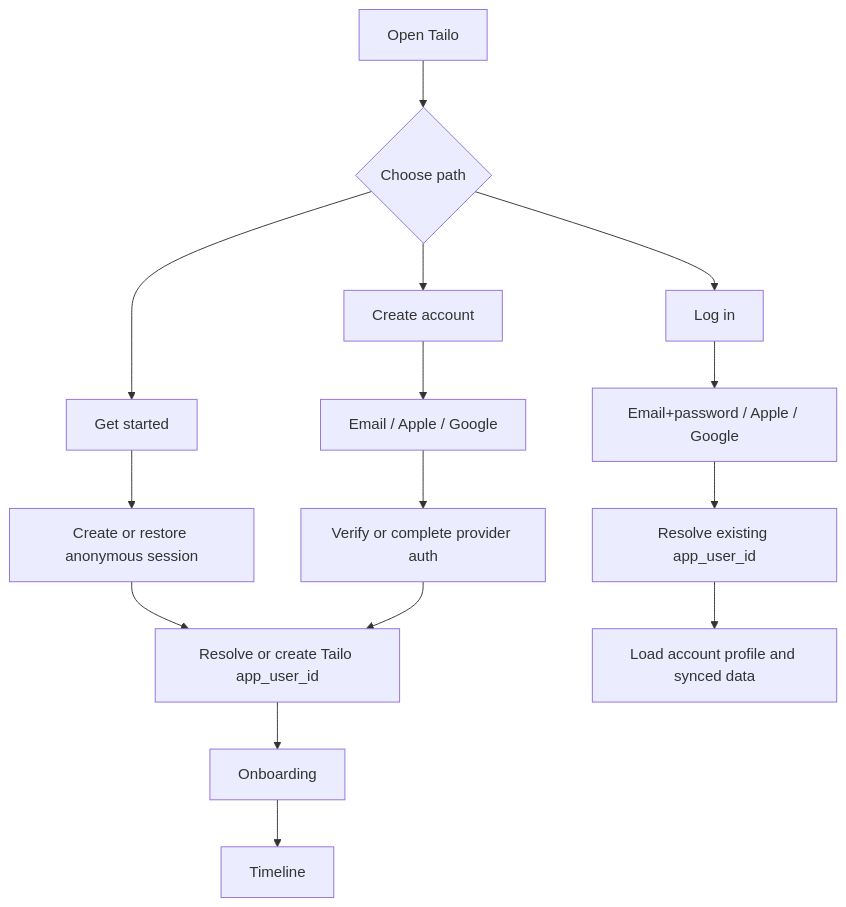
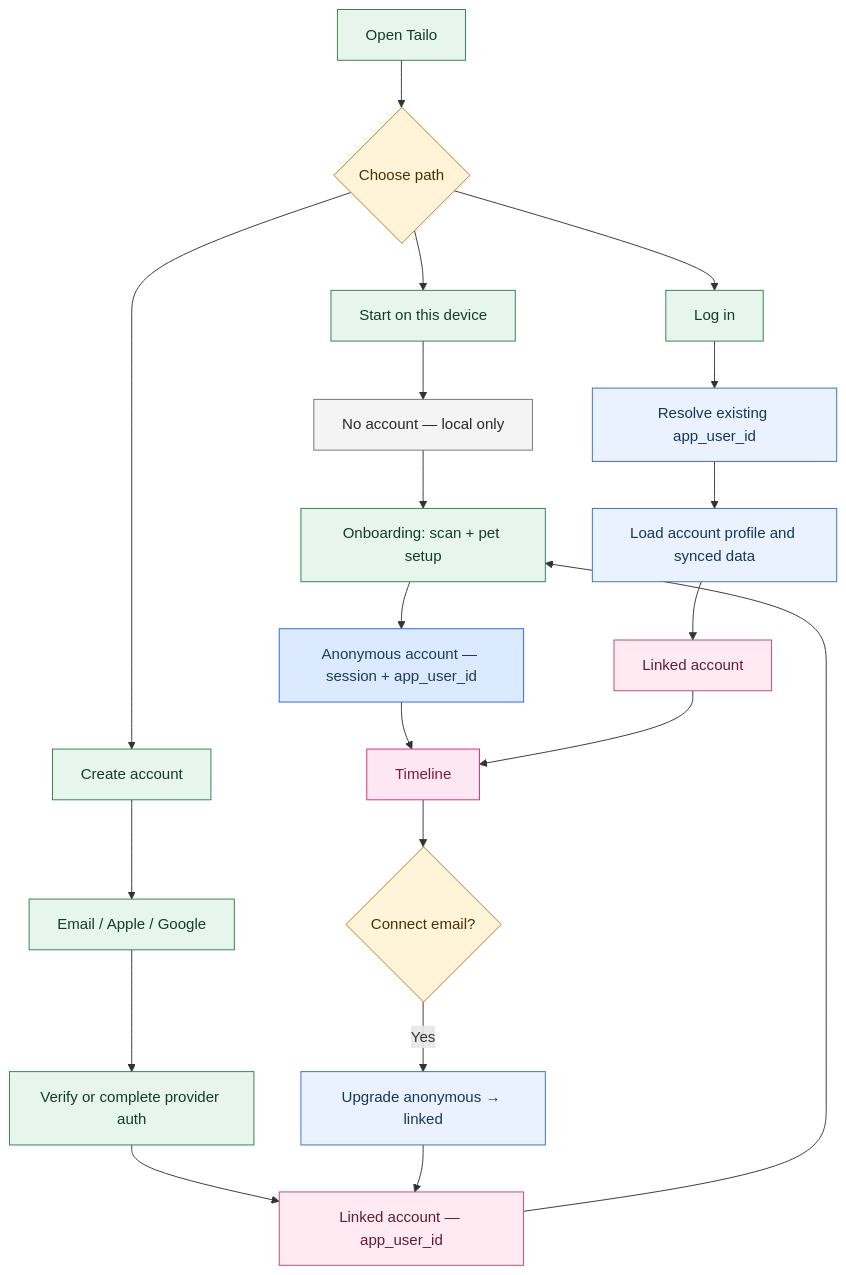
Before and after one commit to asymfermion/tailo-monolith: the second of 7 diagrams in docs/architecture/authentication-and-account-flows.md, drawn with Mermaid. The commit also changed other lines of this file and 166 other files, not shown here.

Commit message:
Finish user registration email workflow

````diff
--- a/docs/architecture/authentication-and-account-flows.md
+++ b/docs/architecture/authentication-and-account-flows.md
@@ -89,17 +209,38 @@
 ```mermaid
 flowchart TD
   A[Open Tailo] --> B{Choose path}
-  B --> C[Get started]
+  B --> C[Start on this device]
   B --> D[Create account]
   B --> E[Log in]
-  C --> F[Create or restore anonymous session]
-  F --> G[Resolve or create Tailo app_user_id]
-  G --> H[Onboarding]
-  H --> I[Timeline]
+  C --> C0["No account — local only"]
+  C0 --> H[Onboarding: scan + pet setup]
+  H --> F[Anonymous account — session + app_user_id]
+  F --> I[Timeline]
   D --> J[Email / Apple / Google]
   J --> K[Verify or complete provider auth]
-  K --> G
-  E --> L[Email+password / Apple / Google]
-  L --> M[Resolve existing app_user_id]
+  K --> L["Linked account — app_user_id"]
+  L --> H
+  E --> M[Resolve existing app_user_id]
   M --> N[Load account profile and synced data]
+  N --> L2["Linked account"]
+  L2 --> I
+  I --> O{Connect email?}
+  O -->|Yes| P[Upgrade anonymous → linked]
+  P --> L
+
+  classDef userAction fill:#e7f6ed,stroke:#2f7d4c,color:#173a27,stroke-width:1px
+  classDef appAction fill:#eaf2ff,stroke:#3570b7,color:#17365d,stroke-width:1px
+  classDef decision fill:#fff3d8,stroke:#b7791f,color:#4a2f08,stroke-width:1px
+  classDef noAccount fill:#f4f4f5,stroke:#71717a,color:#27272a,stroke-width:1px
+  classDef anonymousAccount fill:#dbeafe,stroke:#2563eb,color:#1e3a5f,stroke-width:1px
+  classDef linkedAccount fill:#ffeaf1,stroke:#b6476b,color:#5b1f34,stroke-width:1px
+  classDef timeline fill:#fce7f3,stroke:#db2777,color:#831843,stroke-width:1px
+
+  class A,C,D,E,H,J,K userAction
+  class M,N,P appAction
+  class B,O decision
+  class C0 noAccount
+  class F anonymousAccount
+  class L,L2 linkedAccount
+  class I timeline
 ```
````
